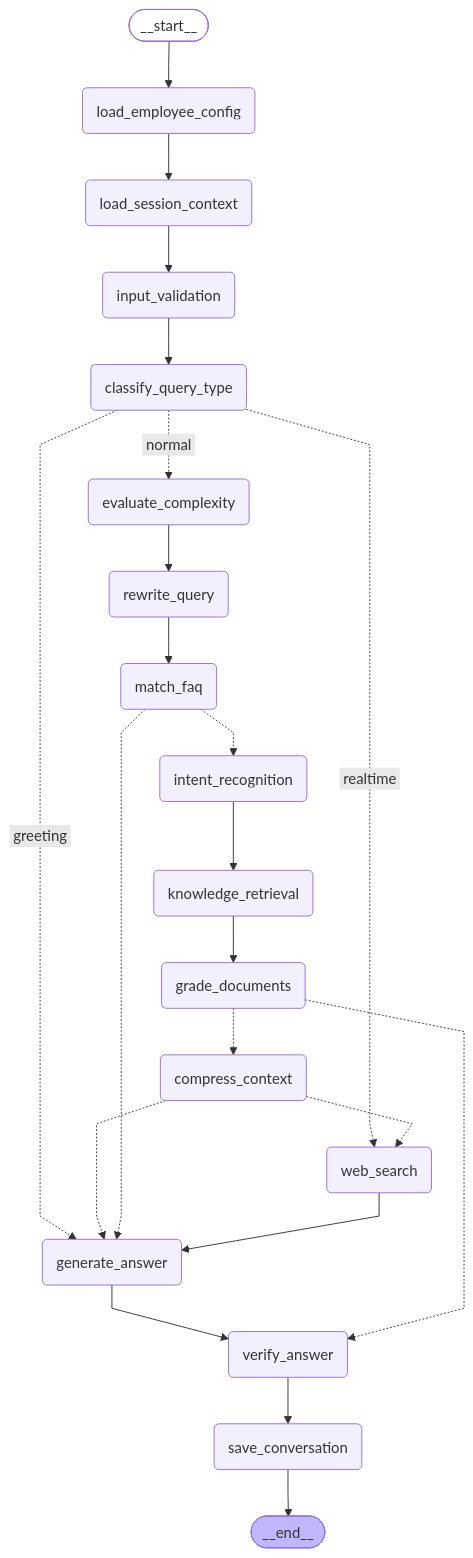
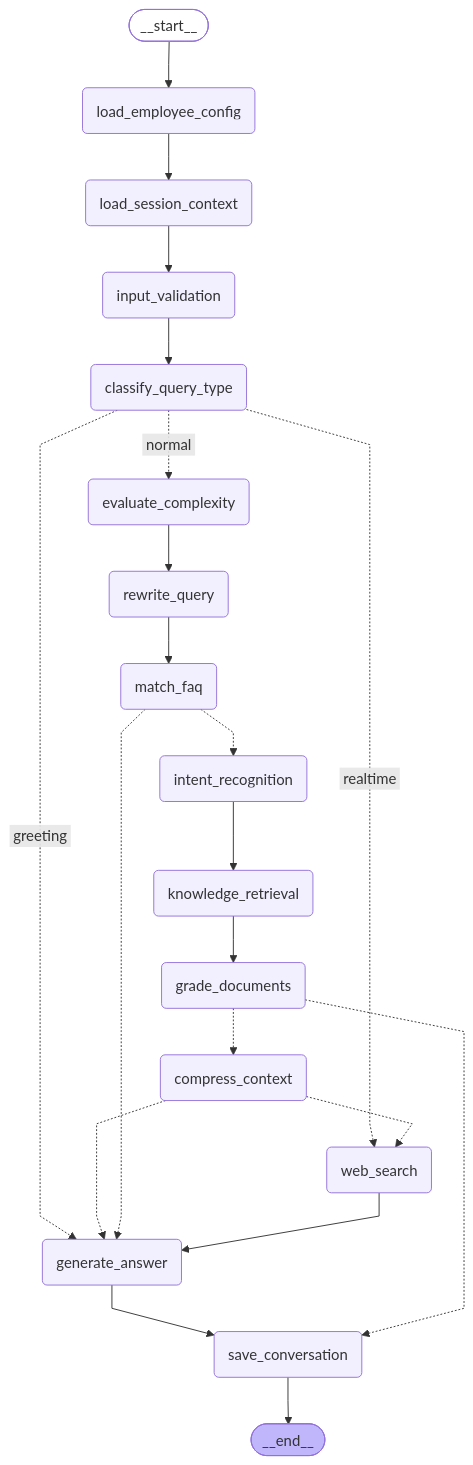
Before and after one commit to perfectbullet/ZengKingMorphe: the diagram in ai-service/graph_debug/crag_graph.mmd, drawn with Mermaid. The commit also changed 5 other files, not shown here.

First line of the commit message:
refactor: 移除 grader_llm 和 verify_answer 节点

```diff
--- a/ai-service/graph_debug/crag_graph.mmd
+++ b/ai-service/graph_debug/crag_graph.mmd
@@ -1,47 +1,45 @@
 ---
 config:
   flowchart:
     curve: linear
 ---
 graph TD;
 	__start__([<p>__start__</p>]):::first
 	load_employee_config(load_employee_config)
 	load_session_context(load_session_context)
 	input_validation(input_validation)
 	classify_query_type(classify_query_type)
 	evaluate_complexity(evaluate_complexity)
 	rewrite_query(rewrite_query)
 	match_faq(match_faq)
 	intent_recognition(intent_recognition)
 	knowledge_retrieval(knowledge_retrieval)
 	grade_documents(grade_documents)
 	compress_context(compress_context)
 	web_search(web_search)
 	generate_answer(generate_answer)
-	verify_answer(verify_answer)
 	save_conversation(save_conversation)
 	__end__([<p>__end__</p>]):::last
 	__start__ --> load_employee_config;
 	classify_query_type -. &nbsp;normal&nbsp; .-> evaluate_complexity;
 	classify_query_type -. &nbsp;greeting&nbsp; .-> generate_answer;
 	classify_query_type -. &nbsp;realtime&nbsp; .-> web_search;
 	compress_context -.-> generate_answer;
 	compress_context -.-> web_search;
 	evaluate_complexity --> rewrite_query;
-	generate_answer --> verify_answer;
+	generate_answer --> save_conversation;
 	grade_documents -.-> compress_context;
-	grade_documents -.-> verify_answer;
+	grade_documents -.-> save_conversation;
 	input_validation --> classify_query_type;
 	intent_recognition --> knowledge_retrieval;
 	knowledge_retrieval --> grade_documents;
 	load_employee_config --> load_session_context;
 	load_session_context --> input_validation;
 	match_faq -.-> generate_answer;
 	match_faq -.-> intent_recognition;
 	rewrite_query --> match_faq;
-	verify_answer --> save_conversation;
 	web_search --> generate_answer;
 	save_conversation --> __end__;
 	classDef default fill:#f2f0ff,line-height:1.2
 	classDef first fill-opacity:0
 	classDef last fill:#bfb6fc
```
